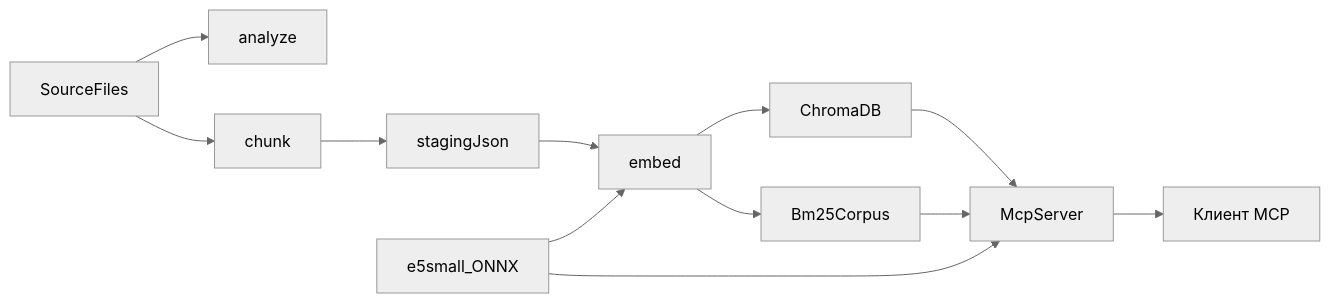
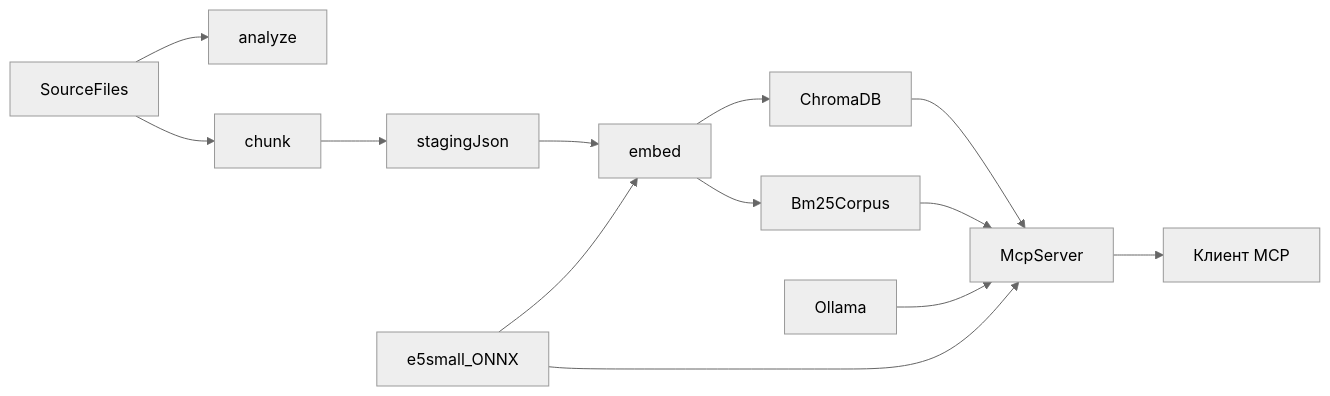
One commit to luna-pulse/MCP.RAG.StarTrek changed the second of 2 diagrams in README.md. Above: the diagram before and after it, drawn with Mermaid (neutral theme). The commit also changed other lines of this file and 33 other files, not shown here.

````diff
--- a/README.md
+++ b/README.md
@@ -130,14 +176,15 @@
 ```mermaid
 flowchart LR
   sourceFiles[SourceFiles] --> analyze[analyze]
   sourceFiles --> chunk[chunk]
   chunk --> staging[stagingJson]
   onnx[e5small_ONNX] --> embed[embed]
   staging --> embed
   embed --> chroma[ChromaDB]
   embed --> bm25[Bm25Corpus]
   bm25 --> mcp[McpServer]
   chroma --> mcp
   onnx --> mcp
+  ollama[Ollama] --> mcp
   mcp --> client[Клиент MCP]
 ```
````
